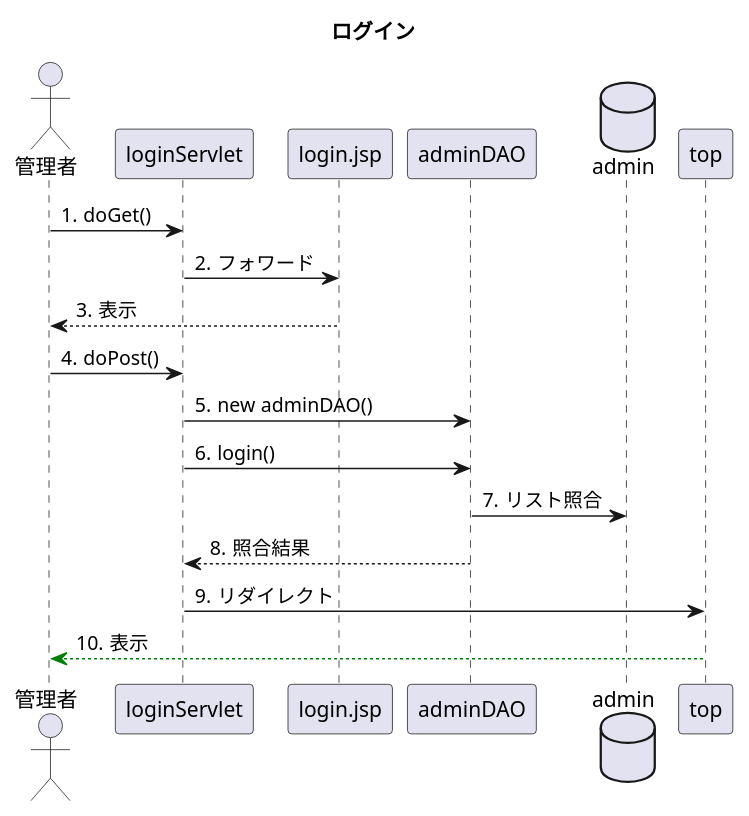
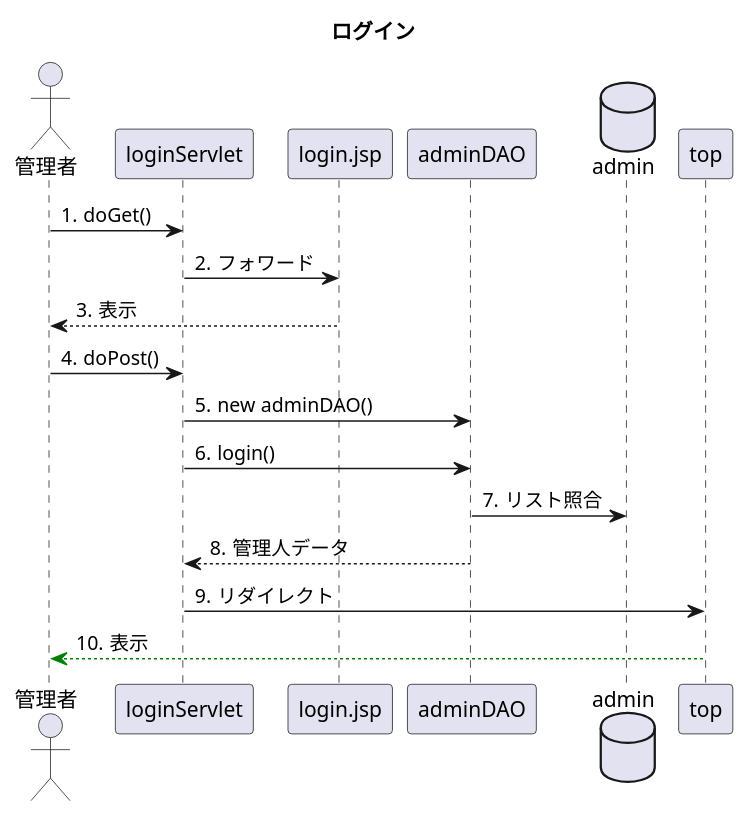
The diagram in uml_detail/seq_login.pu (toufu66/ProjectC), drawn with PlantUML before and after one commit.

Commit message:
詳細シーケンス ログイン

```diff
--- a/uml_detail/seq_login.pu
+++ b/uml_detail/seq_login.pu
@@ -1,26 +1,26 @@
 @startuml
 
 title ログイン
 
 autonumber "#."
 
 actor 管理者
 participant loginServlet
 participant login.jsp
 participant adminDAO
 database admin
 
 管理者 -> loginServlet:doGet()
 loginServlet -> login.jsp:フォワード
 login.jsp --> 管理者:表示
 管理者 -> loginServlet:doPost()
 loginServlet -> adminDAO:new adminDAO()
 loginServlet -> adminDAO:login()
 adminDAO -> admin:リスト照合
-adminDAO --> loginServlet:照合結果
+adminDAO --> loginServlet:管理人データ
 loginServlet -> top:リダイレクト
 top --[#green]> 管理者:表示
 
 
 
 @enduml
```
